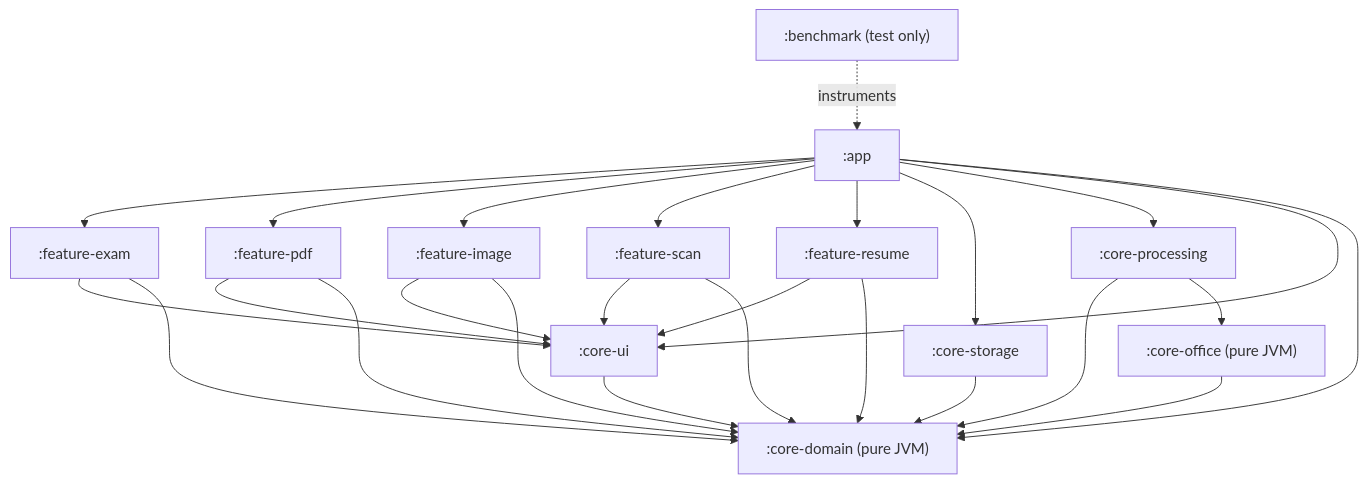
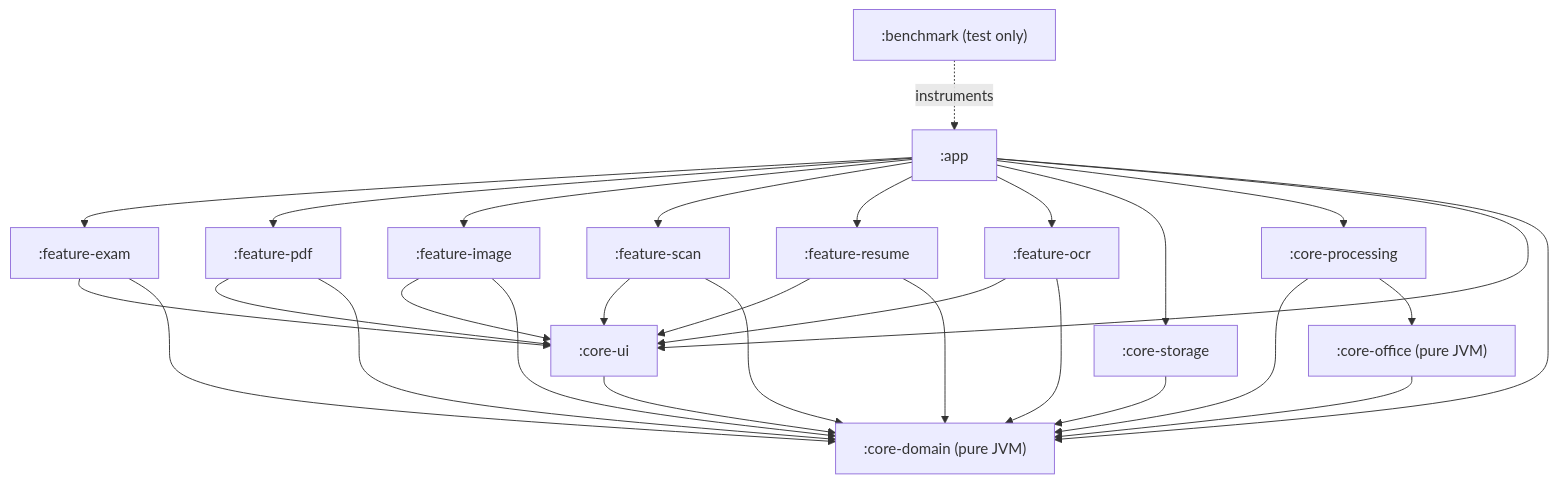
Before and after one commit to letsdeepchat/MrFileFixit: the second of 3 diagrams in docs/ARCHITECTURE.md, drawn with Mermaid. The commit also changed other lines of this file and 39 other files, not shown here.

````diff
--- a/docs/ARCHITECTURE.md
+++ b/docs/ARCHITECTURE.md
@@ -40,30 +40,32 @@
 ```mermaid
 flowchart TD
     app[":app"]
     bench[":benchmark (test only)"]
     fexam[":feature-exam"]
     fpdf[":feature-pdf"]
     fimg[":feature-image"]
     fscan[":feature-scan"]
     fres[":feature-resume"]
+    focr[":feature-ocr"]
     cui[":core-ui"]
     cstore[":core-storage"]
     cproc[":core-processing"]
     cdom[":core-domain (pure JVM)"]
     coff[":core-office (pure JVM)"]
 
-    app --> fexam & fpdf & fimg & fscan & fres
+    app --> fexam & fpdf & fimg & fscan & fres & focr
     app --> cstore & cproc & cui & cdom
     bench -. instruments .-> app
 
     fexam --> cui & cdom
     fpdf --> cui & cdom
     fimg --> cui & cdom
     fscan --> cui & cdom
     fres --> cui & cdom
+    focr --> cui & cdom
 
     cui --> cdom
     cstore --> cdom
     cproc --> cdom & coff
     coff --> cdom
 ```
````
